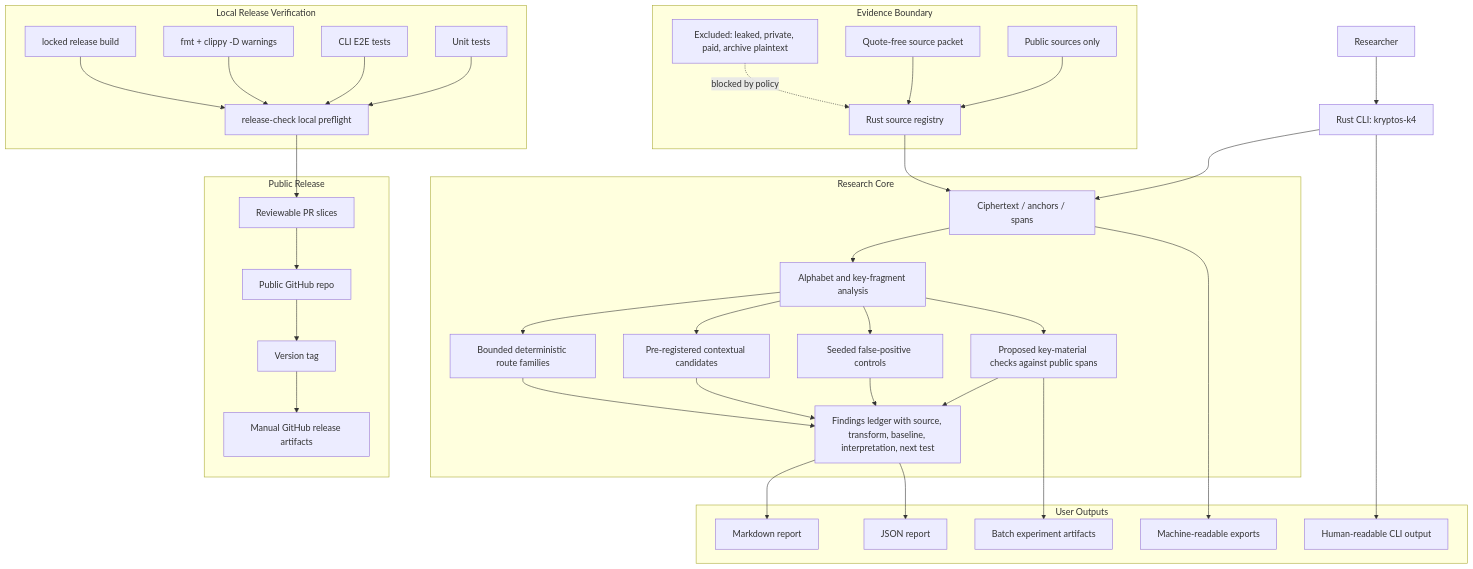
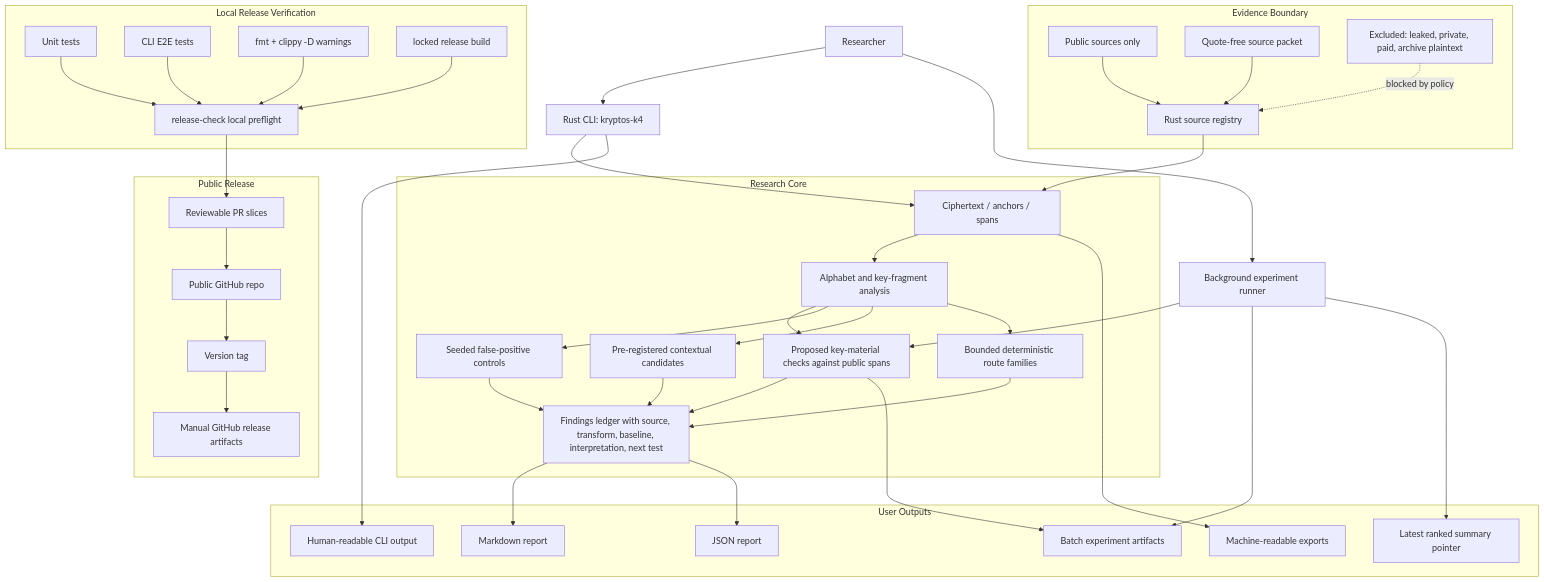
The diagram in docs/architecture-production-goal.md (malak333/kryptos-k4), drawn with Mermaid before and after one commit. The commit also changed other lines of this file and 5 other files, not shown here.

Commit message:
Add background experiment loop flags (#17)

````diff
--- a/docs/architecture-production-goal.md
+++ b/docs/architecture-production-goal.md
@@ -7,75 +7,80 @@
 ```mermaid
 flowchart TD
     Researcher["Researcher"] --> CLI["Rust CLI: kryptos-k4"]
+    Researcher --> BackgroundRunner["Background experiment runner"]
 
     subgraph Evidence["Evidence Boundary"]
         PublicSources["Public sources only"]
         SourceRegistry["Rust source registry"]
         SourcePacket["Quote-free source packet"]
         Forbidden["Excluded: leaked, private, paid, archive plaintext"]
     end
 
     subgraph Core["Research Core"]
         DataModel["Ciphertext / anchors / spans"]
         ConstraintEngine["Alphabet and key-fragment analysis"]
         KeyMaterialChecks["Proposed key-material checks against public spans"]
         BaselineEngine["Seeded false-positive controls"]
         CandidateRegistry["Pre-registered contextual candidates"]
         RouteRegistry["Bounded deterministic route families"]
         FindingsLedger["Findings ledger with source, transform, baseline, interpretation, next test"]
     end
 
     subgraph Outputs["User Outputs"]
         MarkdownReport["Markdown report"]
         JsonReport["JSON report"]
         BatchArtifacts["Batch experiment artifacts"]
+        LatestSummary["Latest ranked summary pointer"]
         DataExports["Machine-readable exports"]
         HumanCli["Human-readable CLI output"]
     end
 
     subgraph Verification["Local Release Verification"]
         UnitTests["Unit tests"]
         E2ETests["CLI E2E tests"]
         FmtClippy["fmt + clippy -D warnings"]
         ReleaseBuild["locked release build"]
         ReleaseCheck["release-check local preflight"]
     end
 
     subgraph Release["Public Release"]
         GitHubPublic["Public GitHub repo"]
         PullRequests["Reviewable PR slices"]
         Tag["Version tag"]
         GitHubRelease["Manual GitHub release artifacts"]
     end
 
     CLI --> DataModel
     PublicSources --> SourceRegistry
     SourceRegistry --> DataModel
     SourcePacket --> SourceRegistry
     Forbidden -. "blocked by policy" .-> SourceRegistry
 
     DataModel --> ConstraintEngine
     ConstraintEngine --> KeyMaterialChecks
     ConstraintEngine --> BaselineEngine
     ConstraintEngine --> CandidateRegistry
     ConstraintEngine --> RouteRegistry
     KeyMaterialChecks --> FindingsLedger
     BaselineEngine --> FindingsLedger
     CandidateRegistry --> FindingsLedger
     RouteRegistry --> FindingsLedger
 
     FindingsLedger --> MarkdownReport
     FindingsLedger --> JsonReport
     KeyMaterialChecks --> BatchArtifacts
+    BackgroundRunner --> KeyMaterialChecks
+    BackgroundRunner --> BatchArtifacts
+    BackgroundRunner --> LatestSummary
     DataModel --> DataExports
     CLI --> HumanCli
 
     UnitTests --> ReleaseCheck
     E2ETests --> ReleaseCheck
     FmtClippy --> ReleaseCheck
     ReleaseBuild --> ReleaseCheck
     ReleaseCheck --> PullRequests
     PullRequests --> GitHubPublic
     GitHubPublic --> Tag
     Tag --> GitHubRelease
 ```
````
